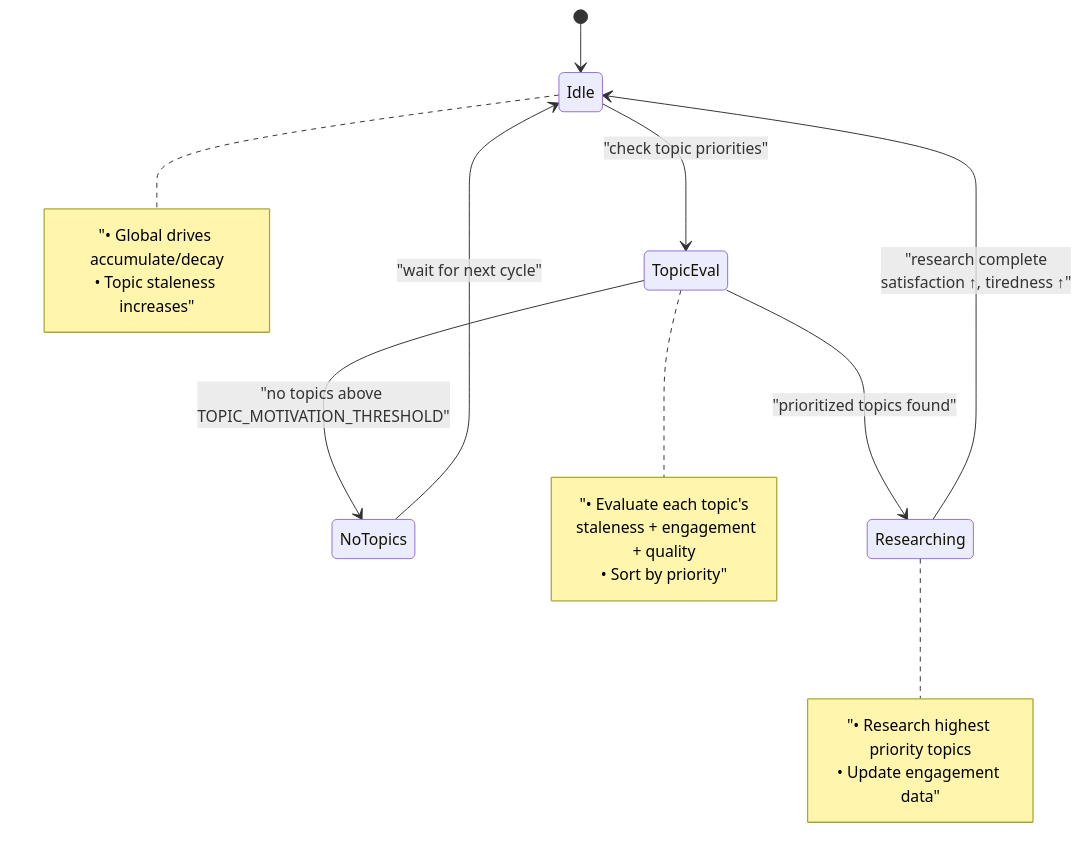
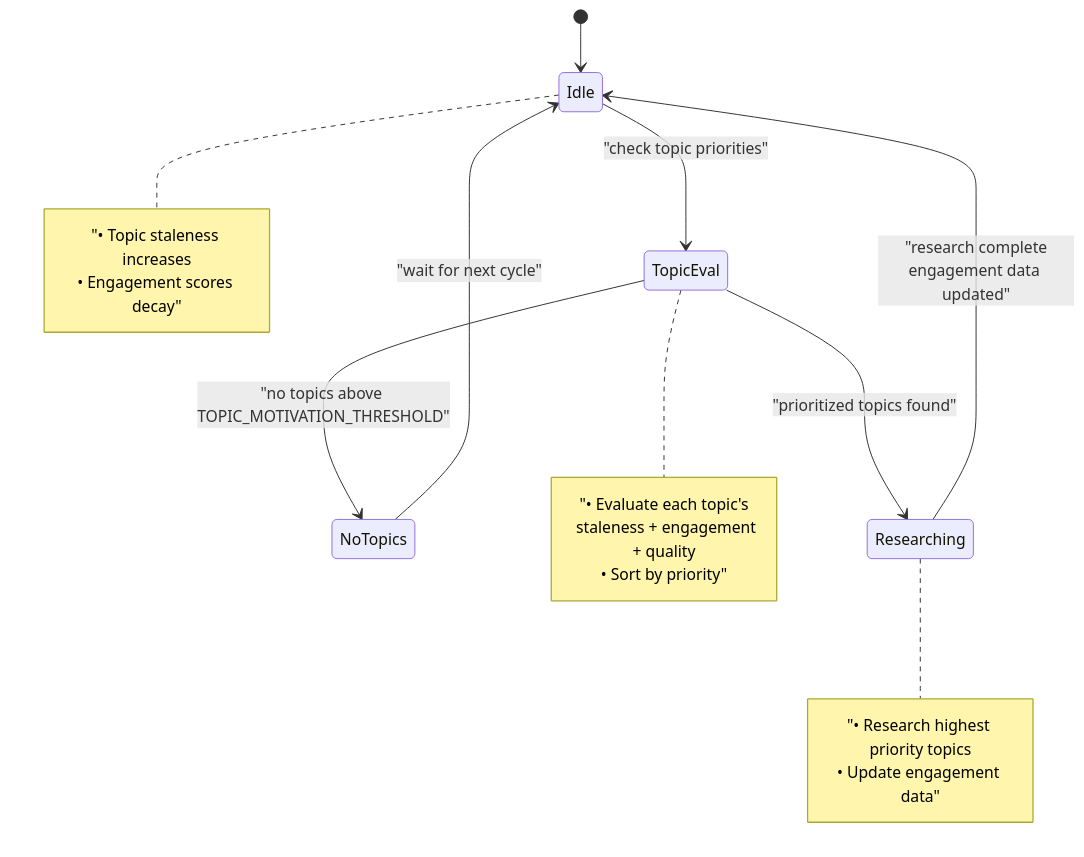
Before and after one commit to iCog-Labs-Dev/researcher-prototype: the first of 2 diagrams in docs/research_engine.md, drawn with Mermaid. The commit also changed other lines of this file and 4 other files, not shown here.

````diff
--- a/docs/research_engine.md
+++ b/docs/research_engine.md
@@ -104,13 +96,13 @@
 ```mermaid
 stateDiagram-v2
     [*] --> Idle
     Idle --> TopicEval : "check topic priorities"
     TopicEval --> NoTopics : "no topics above TOPIC_MOTIVATION_THRESHOLD"
     TopicEval --> Researching : "prioritized topics found"
     NoTopics --> Idle : "wait for next cycle"
-    Researching --> Idle : "research complete<br/>satisfaction ↑, tiredness ↑"
+    Researching --> Idle : "research complete<br/>engagement data updated"
     
-    note right of Idle : "• Global drives accumulate/decay<br/>• Topic staleness increases"
+    note right of Idle : "• Topic staleness increases<br/>• Engagement scores decay"
     note right of TopicEval : "• Evaluate each topic's<br/>  staleness + engagement + quality<br/>• Sort by priority"
     note right of Researching : "• Research highest priority topics<br/>• Update engagement data"
 ```
````
